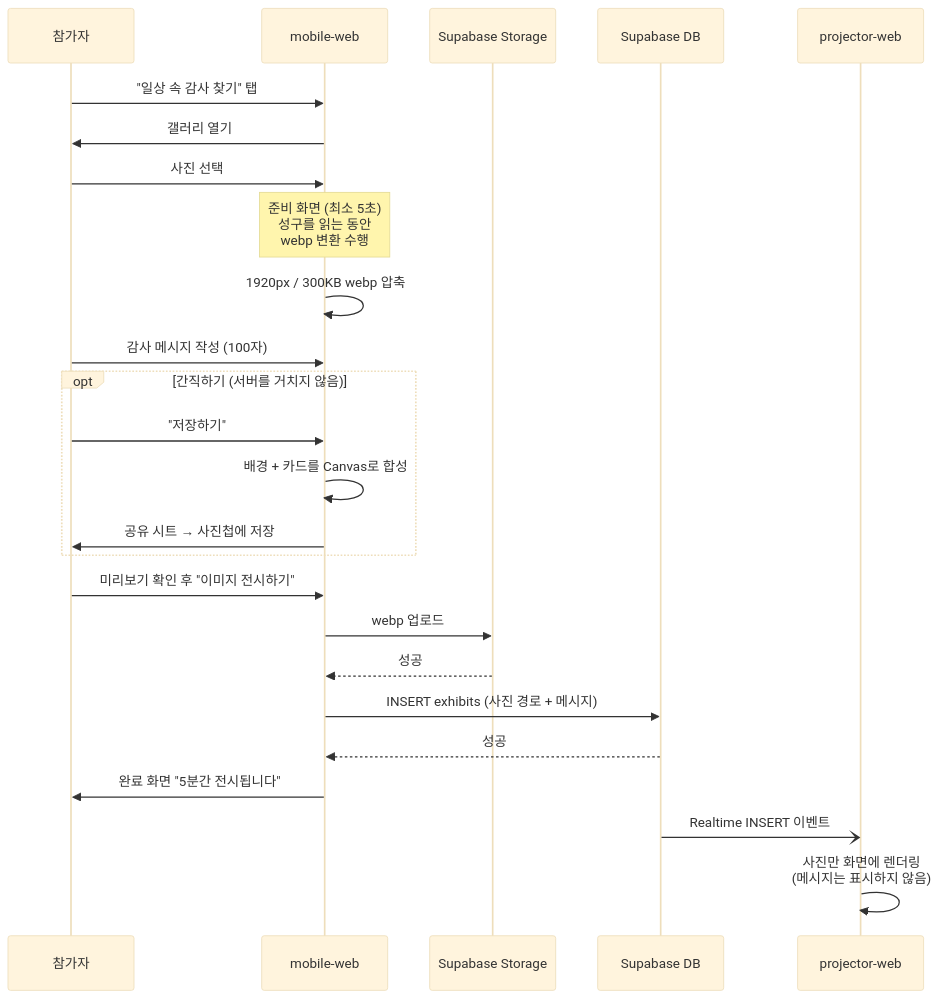
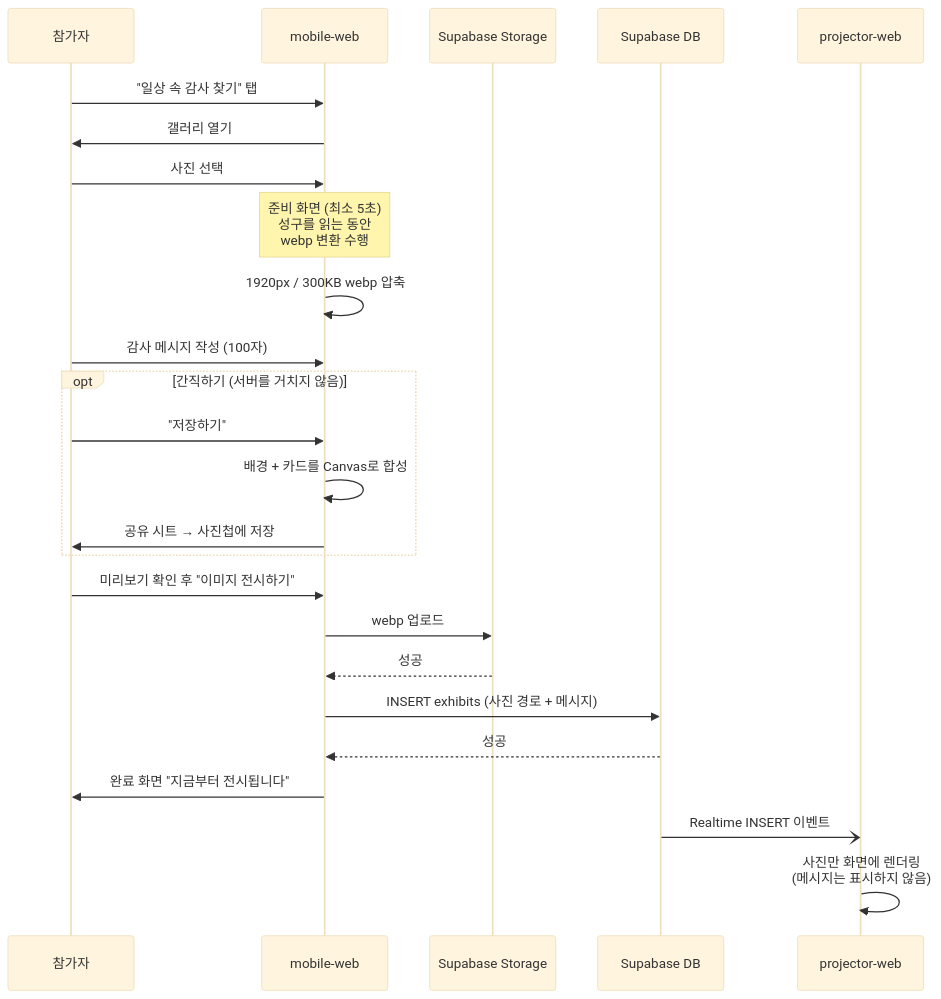
One commit to kingkiboots/glimpse-of-epiphany changed the second of 5 diagrams in README.md. Above: the diagram before and after it, drawn with Mermaid (base theme). The commit also changed other lines of this file and 11 other files, not shown here.

````diff
--- a/README.md
+++ b/README.md
@@ -118,34 +116,34 @@
 ```mermaid
 sequenceDiagram
     participant U as 참가자
     participant M as mobile-web
     participant S as Supabase Storage
     participant D as Supabase DB
     participant P as projector-web
 
     U->>M: "일상 속 감사 찾기" 탭
     M->>U: 갤러리 열기
     U->>M: 사진 선택
 
     Note over M: 준비 화면 (최소 5초)<br/>성구를 읽는 동안<br/>webp 변환 수행
     M->>M: 1920px / 300KB webp 압축
 
     U->>M: 감사 메시지 작성 (100자)
 
     opt 간직하기 (서버를 거치지 않음)
         U->>M: "저장하기"
         M->>M: 배경 + 카드를 Canvas로 합성
         M->>U: 공유 시트 → 사진첩에 저장
     end
 
     U->>M: 미리보기 확인 후 "이미지 전시하기"
 
     M->>S: webp 업로드
     S-->>M: 성공
     M->>D: INSERT exhibits (사진 경로 + 메시지)
     D-->>M: 성공
-    M->>U: 완료 화면 "5분간 전시됩니다"
+    M->>U: 완료 화면 "지금부터 전시됩니다"
 
     D-)P: Realtime INSERT 이벤트
     P->>P: 사진만 화면에 렌더링<br/>(메시지는 표시하지 않음)
 ```
````
